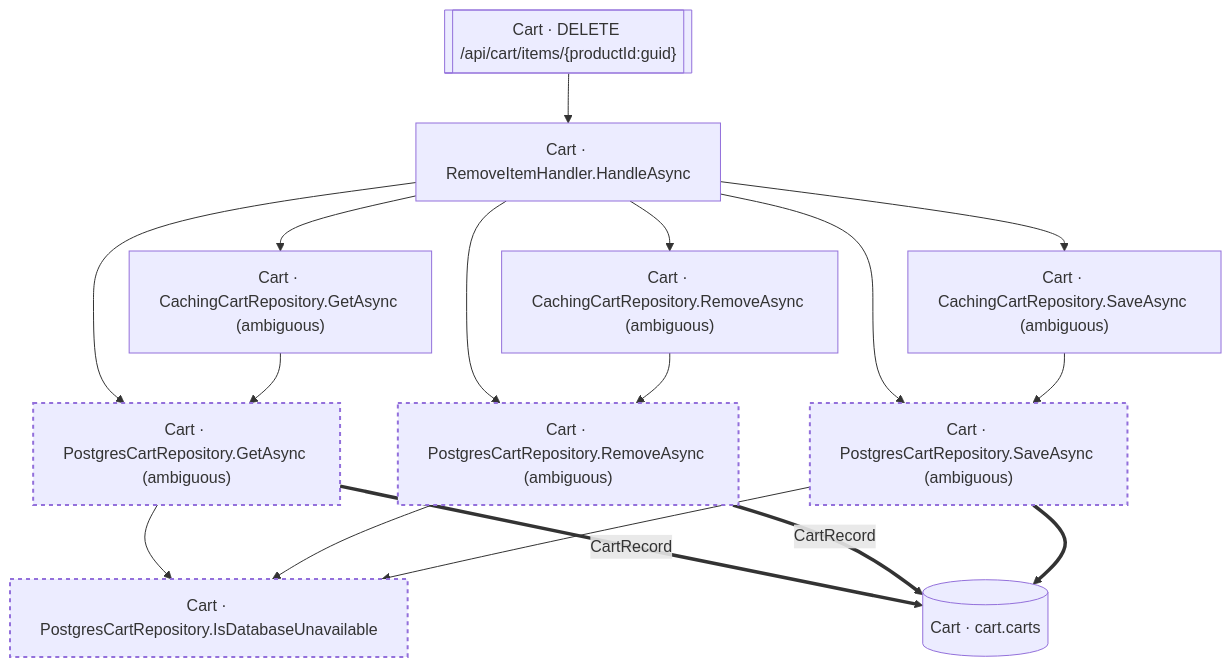
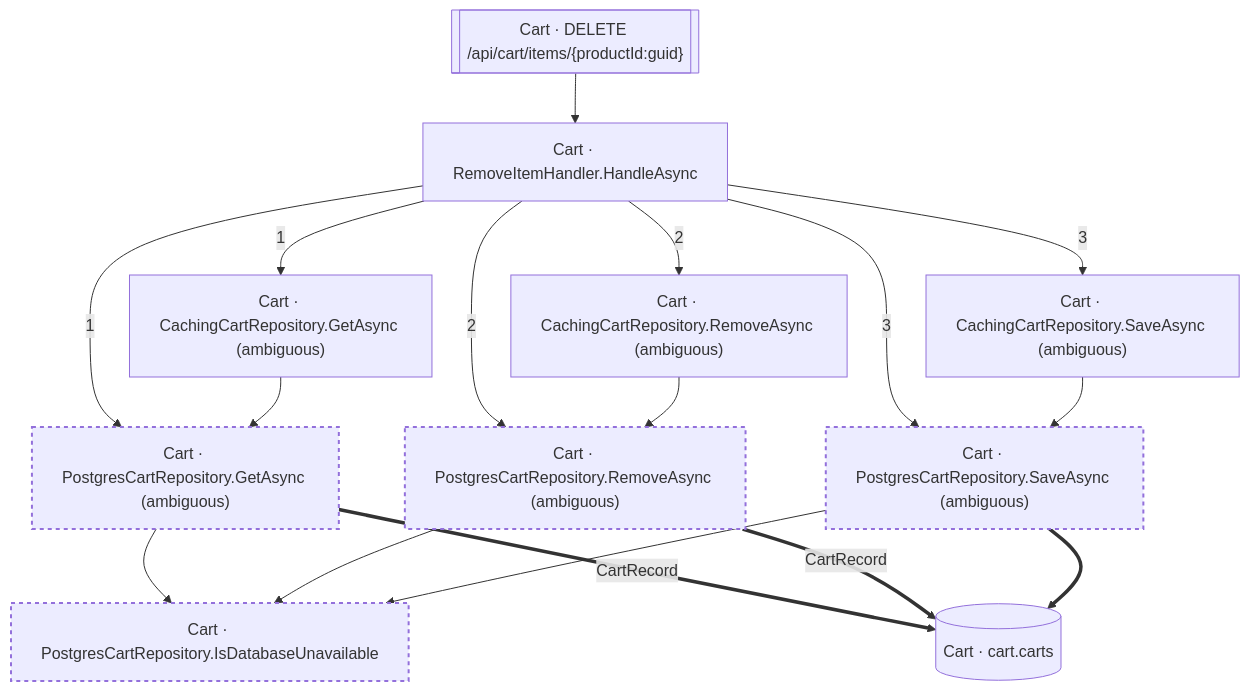
One commit to onurnafiguzel/FlowLens changed the diagram in out/flows/delete-api-cart-items-productid-guid.md. Above: the diagram before and after it, drawn with Mermaid. The commit also changed other lines of this file and 28 other files, not shown here.

Commit message:
feat(graph): record call sites on CALLS edges and feat(docs): order sibling edges by source position, number call sites and docs: regenerate site with source-ordered flow diagrams

````diff
--- a/out/flows/delete-api-cart-items-productid-guid.md
+++ b/out/flows/delete-api-cart-items-productid-guid.md
@@ -7,33 +7,33 @@
 ```mermaid
 flowchart TD
   n0["Cart · RemoveItemHandler.HandleAsync"]
   n1["Cart · CachingCartRepository.GetAsync (ambiguous)"]
   n2["Cart · CachingCartRepository.RemoveAsync (ambiguous)"]
   n3["Cart · CachingCartRepository.SaveAsync (ambiguous)"]
   n4["Cart · PostgresCartRepository.GetAsync (ambiguous)"]
   n5["Cart · PostgresCartRepository.IsDatabaseUnavailable"]
   n6["Cart · PostgresCartRepository.RemoveAsync (ambiguous)"]
   n7["Cart · PostgresCartRepository.SaveAsync (ambiguous)"]
   n8[["Cart · DELETE /api/cart/items/{productId:guid}"]]
   n9[("Cart · cart.carts")]
 
-  n0 --> n1
-  n0 --> n2
-  n0 --> n3
-  n0 --> n4
-  n0 --> n6
-  n0 --> n7
+  n0 -->|"1"| n1
+  n0 -->|"1"| n4
+  n0 -->|"2"| n2
+  n0 -->|"2"| n6
+  n0 -->|"3"| n3
+  n0 -->|"3"| n7
   n1 --> n4
   n2 --> n6
   n3 --> n7
   n4 --> n5
   n4 ==>|"CartRecord"| n9
   n6 --> n5
   n6 ==>|"CartRecord"| n9
   n7 --> n5
   n7 ==> n9
   n8 --> n0
 
   classDef unseen stroke-dasharray: 4 4,stroke-width:2px
   class n4,n5,n6,n7 unseen
 ```
````
